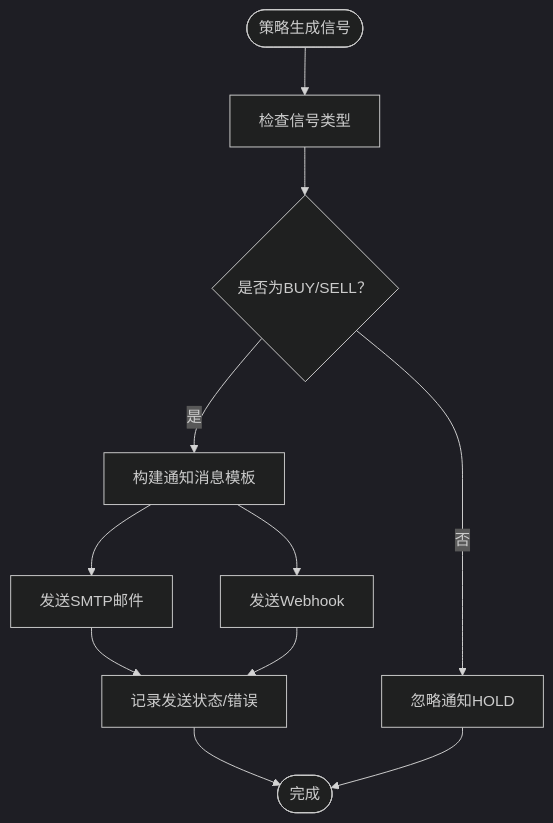
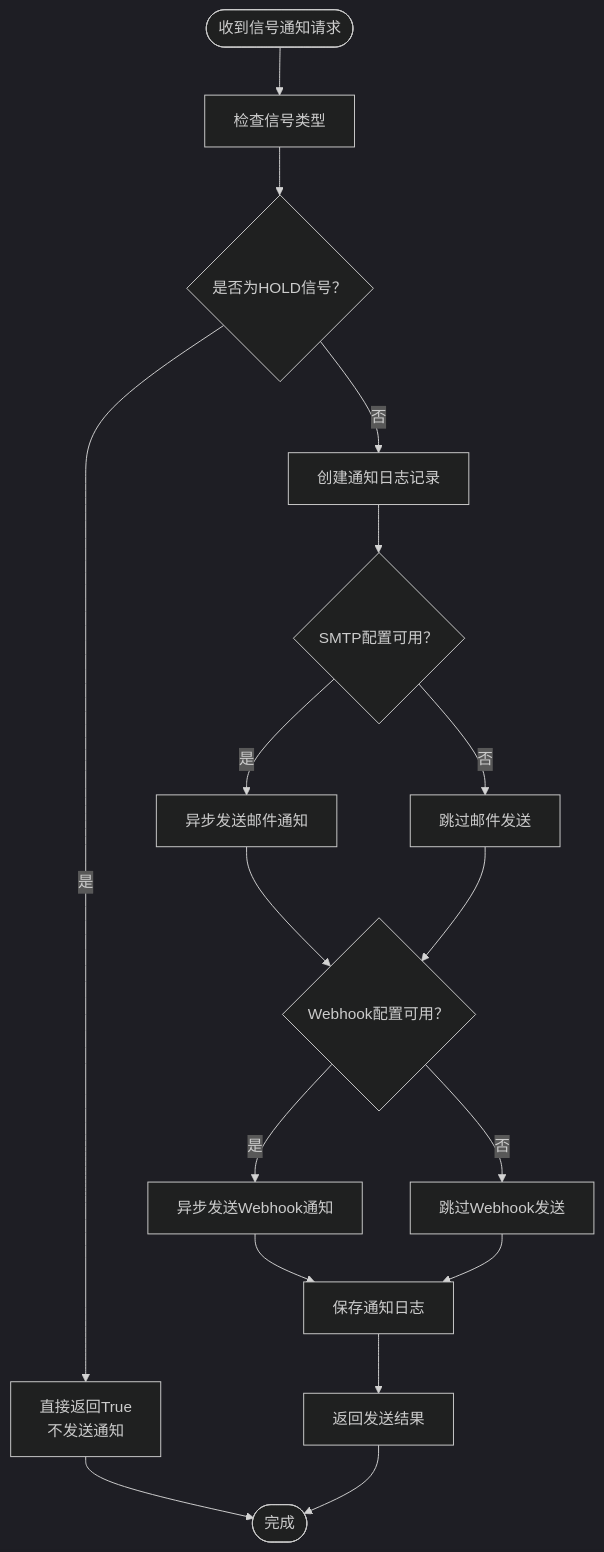
The third of 4 diagrams in .qoder/repowiki/zh/content/核心功能模块/通知模块.md (raymodny-ai/The-Modern-Turtle-Protocol), drawn with Mermaid (dark theme) before and after one commit. The commit also changed other lines of this file and 15 other files, not shown here.

````diff
--- a/.qoder/repowiki/zh/content/核心功能模块/通知模块.md
+++ b/.qoder/repowiki/zh/content/核心功能模块/通知模块.md
@@ -142,13 +158,19 @@
 ```mermaid
 flowchart TD
-Start(["策略生成信号"]) --> CheckSignal["检查信号类型"]
-CheckSignal --> IsBuySell{"是否为BUY/SELL？"}
-IsBuySell --> |否| Skip["忽略通知HOLD"]
-IsBuySell --> |是| BuildMsg["构建通知消息模板"]
-BuildMsg --> SendSMTP["发送SMTP邮件"]
-BuildMsg --> SendWebhook["发送Webhook"]
-SendSMTP --> LogStatus["记录发送状态/错误"]
-SendWebhook --> LogStatus
-LogStatus --> End(["完成"])
-Skip --> End
+Start(["收到信号通知请求"]) --> CheckSignal["检查信号类型"]
+CheckSignal --> IsHold{"是否为HOLD信号？"}
+IsHold --> |是| ReturnTrue["直接返回True<br/>不发送通知"]
+IsHold --> |否| CreateLog["创建通知日志记录"]
+CreateLog --> SendEmail{"SMTP配置可用？"}
+SendEmail --> |是| SendSMTP["异步发送邮件通知"]
+SendEmail --> |否| SkipEmail["跳过邮件发送"]
+SendSMTP --> SendWebhook{"Webhook配置可用？"}
+SkipEmail --> SendWebhook
+SendWebhook --> |是| SendWH["异步发送Webhook通知"]
+SendWebhook --> |否| SkipWH["跳过Webhook发送"]
+SendWH --> SaveLog["保存通知日志"]
+SkipWH --> SaveLog
+SaveLog --> ReturnResult["返回发送结果"]
+ReturnTrue --> End(["完成"])
+ReturnResult --> End
 ```
````
